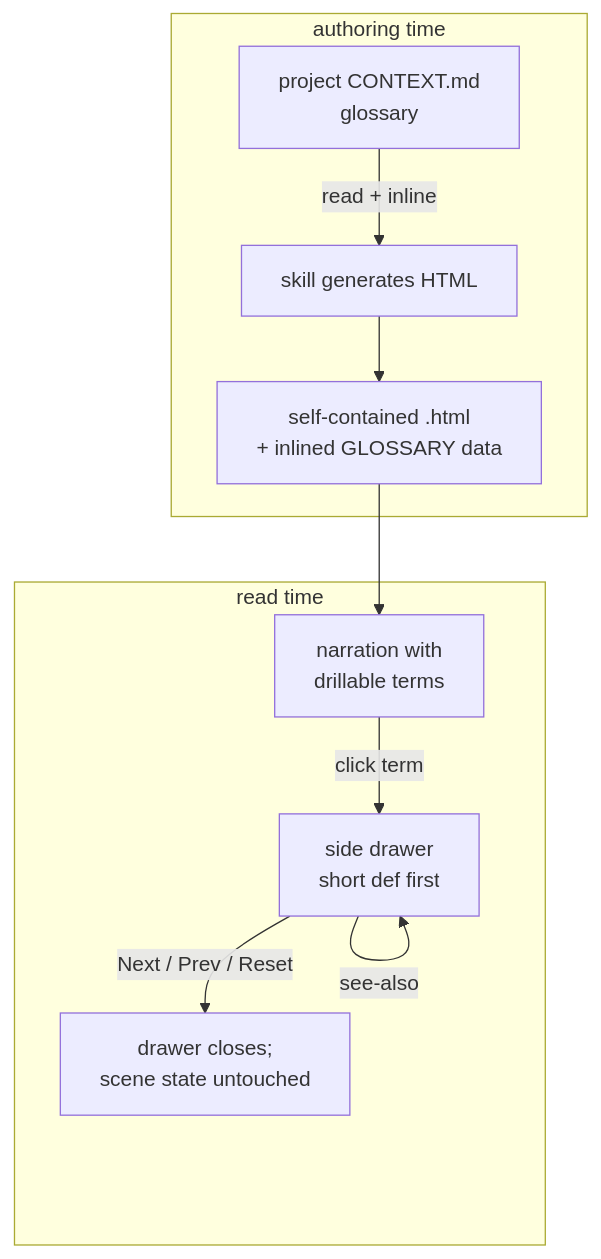
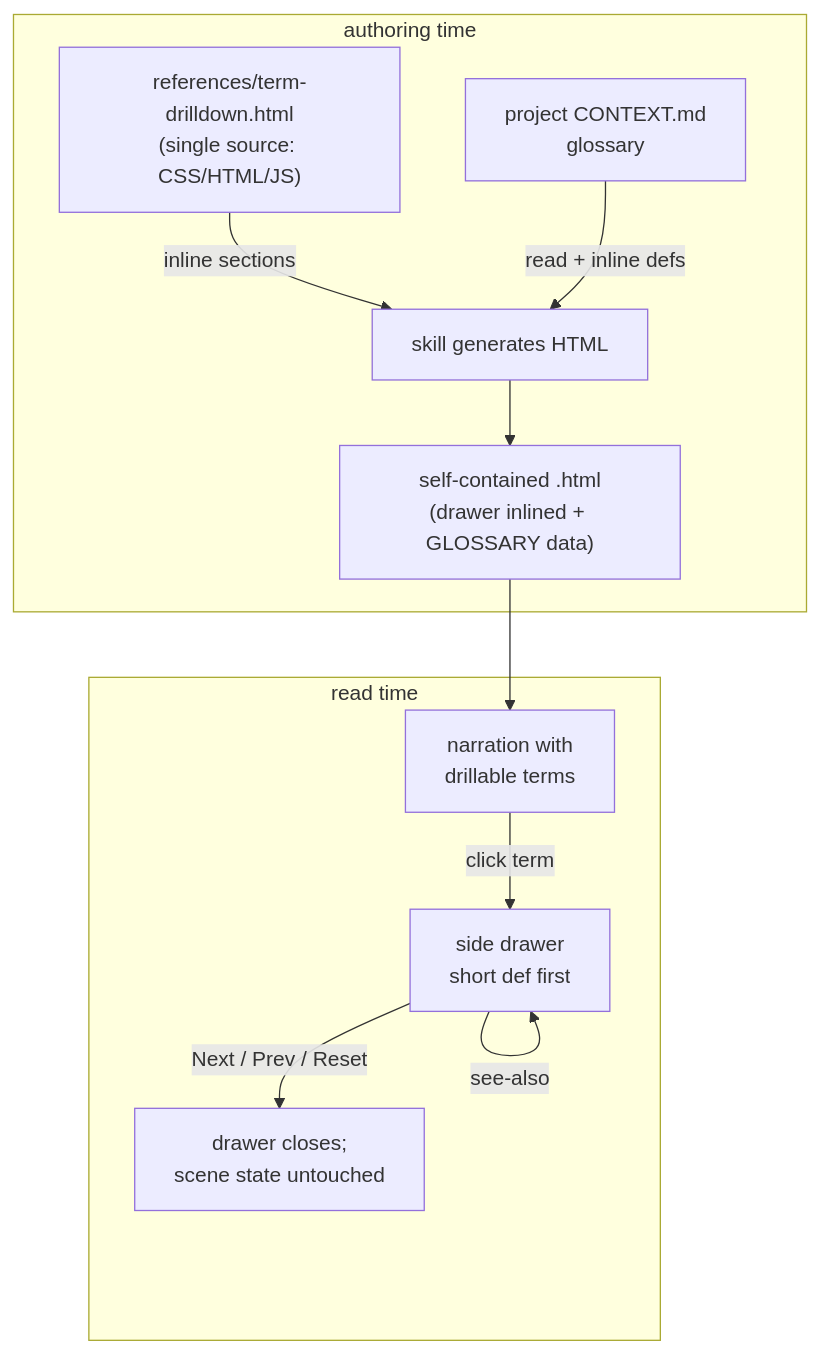
The first of 2 diagrams in docs/superpowers/specs/2026-06-27-problem-description-term-drill-down-design.md (ThodsaphonSonthiphin/workflow-daily-work), drawn with Mermaid before and after one commit. The commit also changed other lines of this file and 3 other files, not shown here.

First line of the commit message:
docs(problem-description): DRY single-source reference (ADR 0019); revise spec+plan

````diff
--- a/docs/superpowers/specs/2026-06-27-problem-description-term-drill-down-design.md
+++ b/docs/superpowers/specs/2026-06-27-problem-description-term-drill-down-design.md
@@ -12,13 +12,14 @@
 ```mermaid
 flowchart TD
     subgraph AUTHOR [authoring time]
-        CTX["project CONTEXT.md<br/>glossary"] -->|read + inline| GEN["skill generates HTML"]
-        GEN --> HTML["self-contained .html<br/>+ inlined GLOSSARY data"]
+        REF["references/term-drilldown.html<br/>(single source: CSS/HTML/JS)"] -->|inline sections| GEN["skill generates HTML"]
+        CTX["project CONTEXT.md<br/>glossary"] -->|read + inline defs| GEN
+        GEN --> HTML["self-contained .html<br/>(drawer inlined + GLOSSARY data)"]
     end
     subgraph READ [read time]
         HTML --> NARR["narration with<br/>drillable terms"]
         NARR -->|click term| DRAWER["side drawer<br/>short def first"]
         DRAWER -->|see-also| DRAWER
         DRAWER -->|Next / Prev / Reset| CLOSE["drawer closes;<br/>scene state untouched"]
     end
 ```
````
